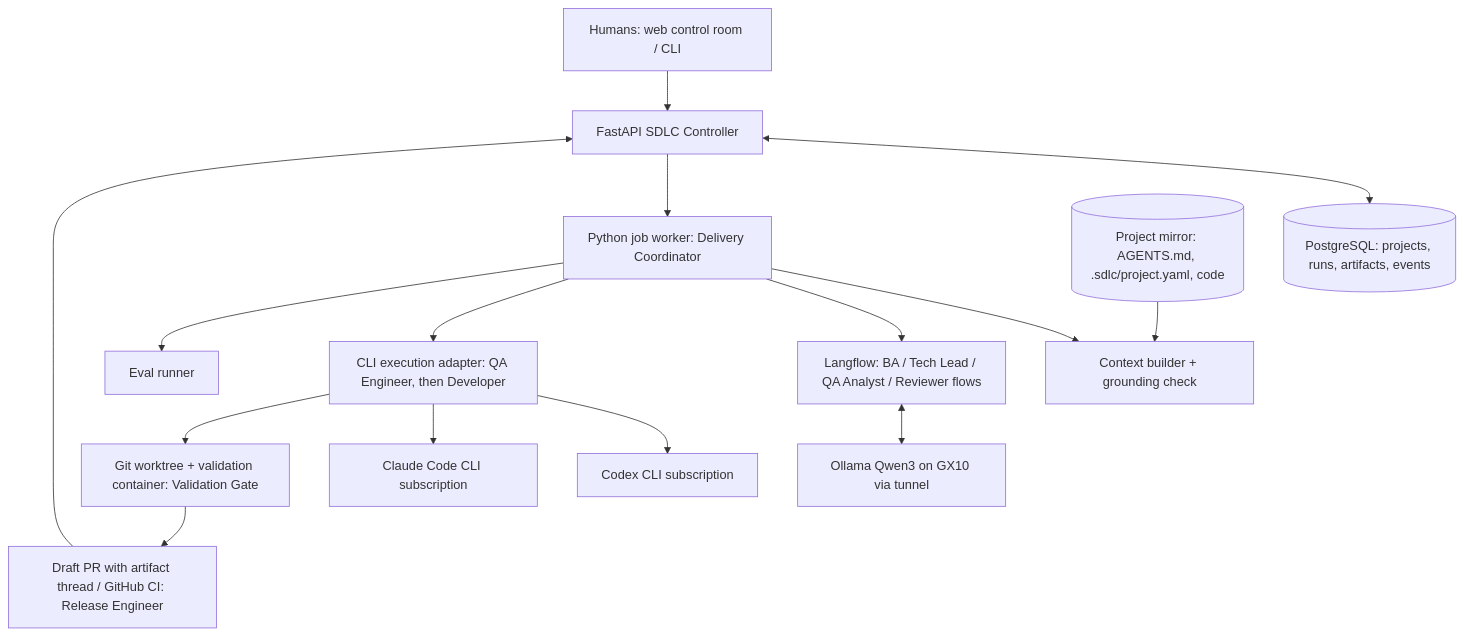
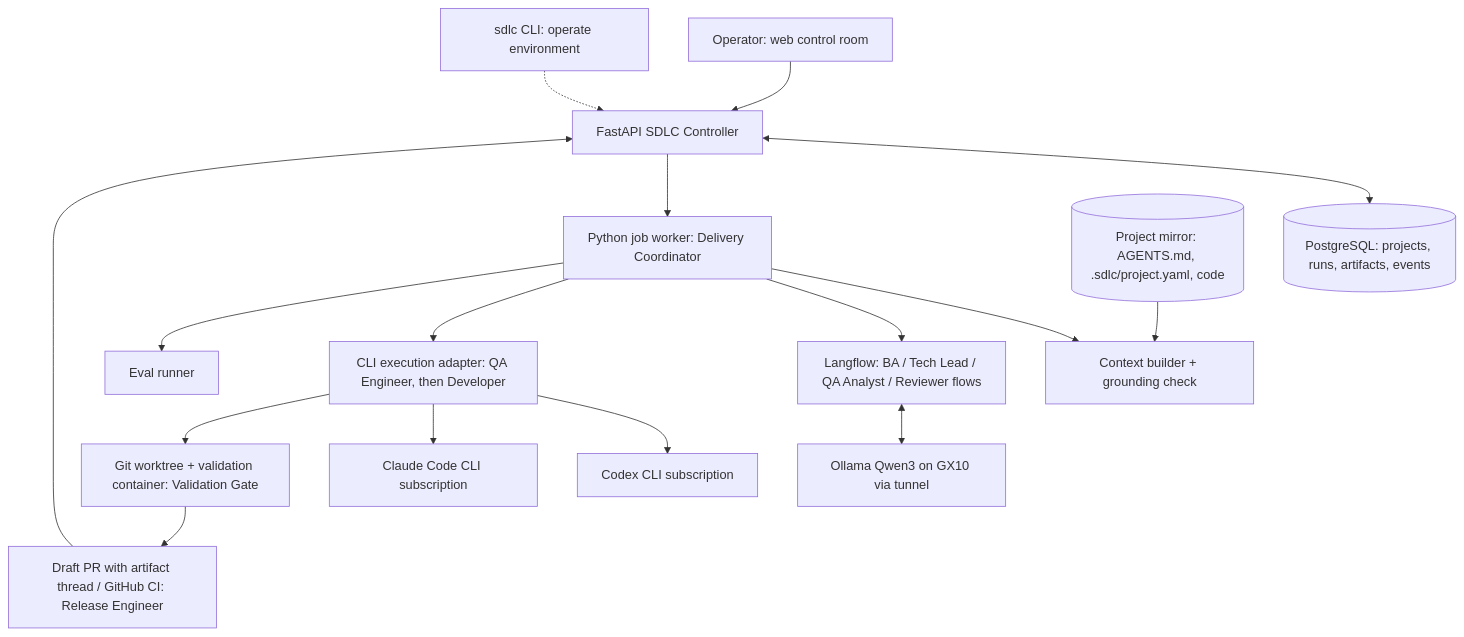
Before and after one commit to congdanh910/ai-native-sdlc: the diagram in AI_Native_SDLC_Option_B.md, drawn with Mermaid. The commit also changed other lines of this file and 50 other files, not shown here.

````diff
--- a/AI_Native_SDLC_Option_B.md
+++ b/AI_Native_SDLC_Option_B.md
@@ -330,17 +324,18 @@
 ```mermaid
 flowchart TD
-  U[Humans: web control room / CLI] --> A[FastAPI SDLC Controller]
+  U[Operator: web control room] --> A[FastAPI SDLC Controller]
+  CLI[sdlc CLI: operate environment] -.-> A
   A <--> P[(PostgreSQL: projects, runs, artifacts, events)]
   A --> W[Python job worker: Delivery Coordinator]
   W --> X[Context builder + grounding check]
   W --> L[Langflow: BA / Tech Lead / QA Analyst / Reviewer flows]
   L <--> O[Ollama Qwen3 on GX10 via tunnel]
   W --> Q[CLI execution adapter: QA Engineer, then Developer]
   Q --> C[Codex CLI subscription]
   Q --> D[Claude Code CLI subscription]
   Q --> G[Git worktree + validation container: Validation Gate]
   G --> R[Draft PR with artifact thread / GitHub CI: Release Engineer]
   W --> V[Eval runner]
   R --> A
   M[(Project mirror: AGENTS.md, .sdlc/project.yaml, code)] --> X
 ```
````
